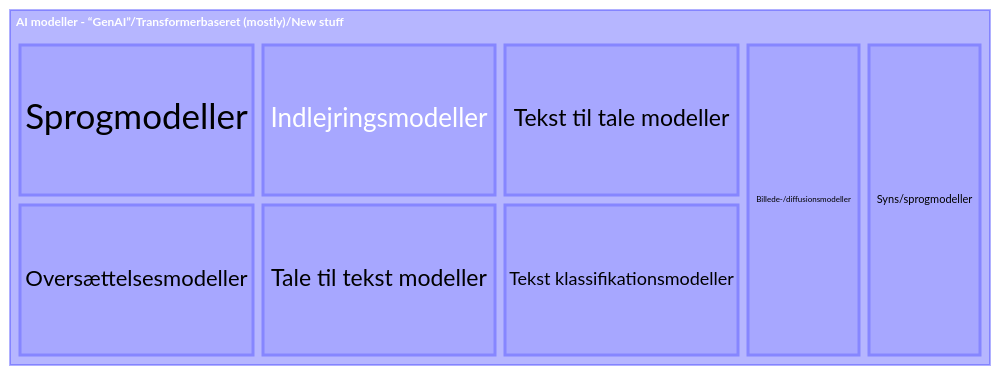
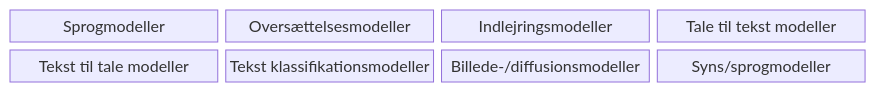
Before and after one commit to OS2sandbox/public-genai-governance: the first of 2 diagrams in docs/minimumskrav/baggrund_objekt_for_os2AI.md, drawn with Mermaid.

Commit message:
switch from treemap to block diagram

````diff
--- a/docs/minimumskrav/baggrund_objekt_for_os2AI.md
+++ b/docs/minimumskrav/baggrund_objekt_for_os2AI.md
@@ -54,21 +54,22 @@
 ```mermaid
 ---
 config:
   theme: default
-  layout: elk
-  treemap:
-    diagramPadding: 200
-    showValues: false
-    labelFontSize: 14
 ---
-treemap-beta
-"AI modeller - “GenAI”/Transformerbaseret (mostly)/New stuff"
-    "Sprogmodeller": 1
-    "Oversættelsesmodeller": 1
-    "Indlejringsmodeller": 1
-    "Tale til tekst modeller": 1
-    "Tekst til tale modeller": 1
-    "Tekst klassifikationsmodeller": 1
-    "Billede-/diffusionsmodeller": 1
-    "Syns/sprogmodeller": 1
+block
+  columns 4
+  
+  classDef title fill:none, stroke-width:0px
+  class dia_title title
+  
+  dia_title["AI modeller - “GenAI”/Transformerbaseret (mostly)/New stuff"]:4
+
+  llm["Sprogmodeller"]
+  trans["Oversættelsesmodeller"]
+  embed["Indlejringsmodeller"]
+  stt["Tale til tekst modeller"]
+  tts["Tekst til tale modeller"]
+  clas["Tekst klassifikationsmodeller"]
+  img["Billede-/diffusionsmodeller"]
+  vlm["Syns/sprogmodeller"]
 ```
````
